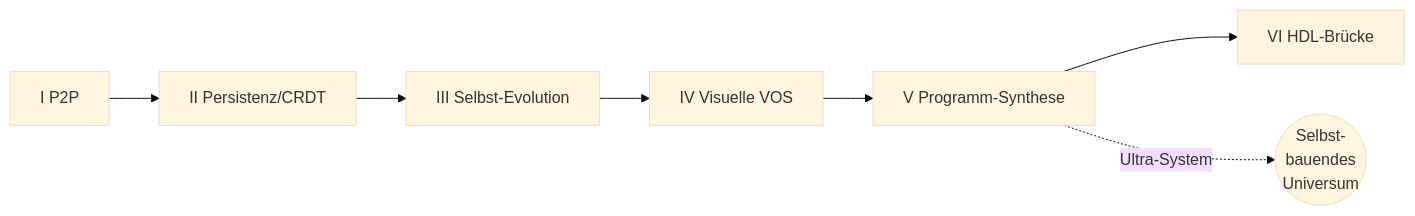
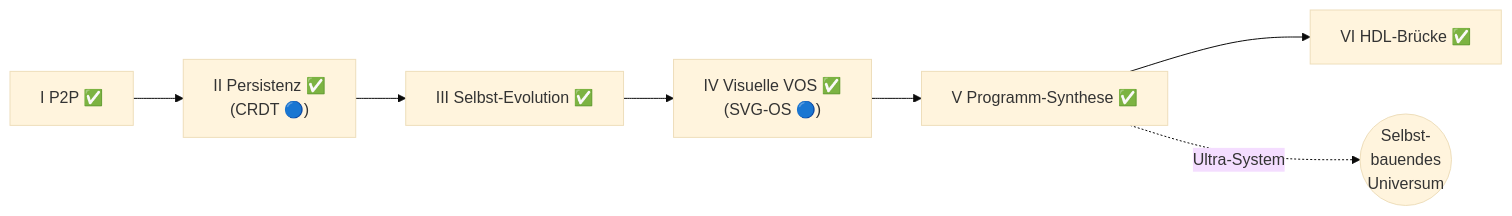
Before and after one commit to telcotelekom-ctrl/university: the sixth of 9 diagrams in DEVELOPER_REPORT.md, drawn with Mermaid (base theme). The commit also changed other lines of this file, not shown here.

Commit message:
docs: Ist-Zustand + Verbesserungsvorschlaege + VOS-SVG-Plan (§15-§17); Ultra-Roadmap I-VI erledigt

````diff
--- a/DEVELOPER_REPORT.md
+++ b/DEVELOPER_REPORT.md
@@ -339,5 +357,5 @@
 ```mermaid
 flowchart LR
-  S1[I P2P] --> S2[II Persistenz/CRDT] --> S3[III Selbst-Evolution] --> S4[IV Visuelle VOS] --> S5[V Programm-Synthese] --> S6[VI HDL-Brücke]
+  S1["I P2P ✅"] --> S2["II Persistenz ✅\n(CRDT 🔵)"] --> S3["III Selbst-Evolution ✅"] --> S4["IV Visuelle VOS ✅\n(SVG-OS 🔵)"] --> S5["V Programm-Synthese ✅"] --> S6["VI HDL-Brücke ✅"]
   S5 -. "Ultra-System" .-> ULTRA((Selbst-\nbauendes\nUniversum))
 ```
````
